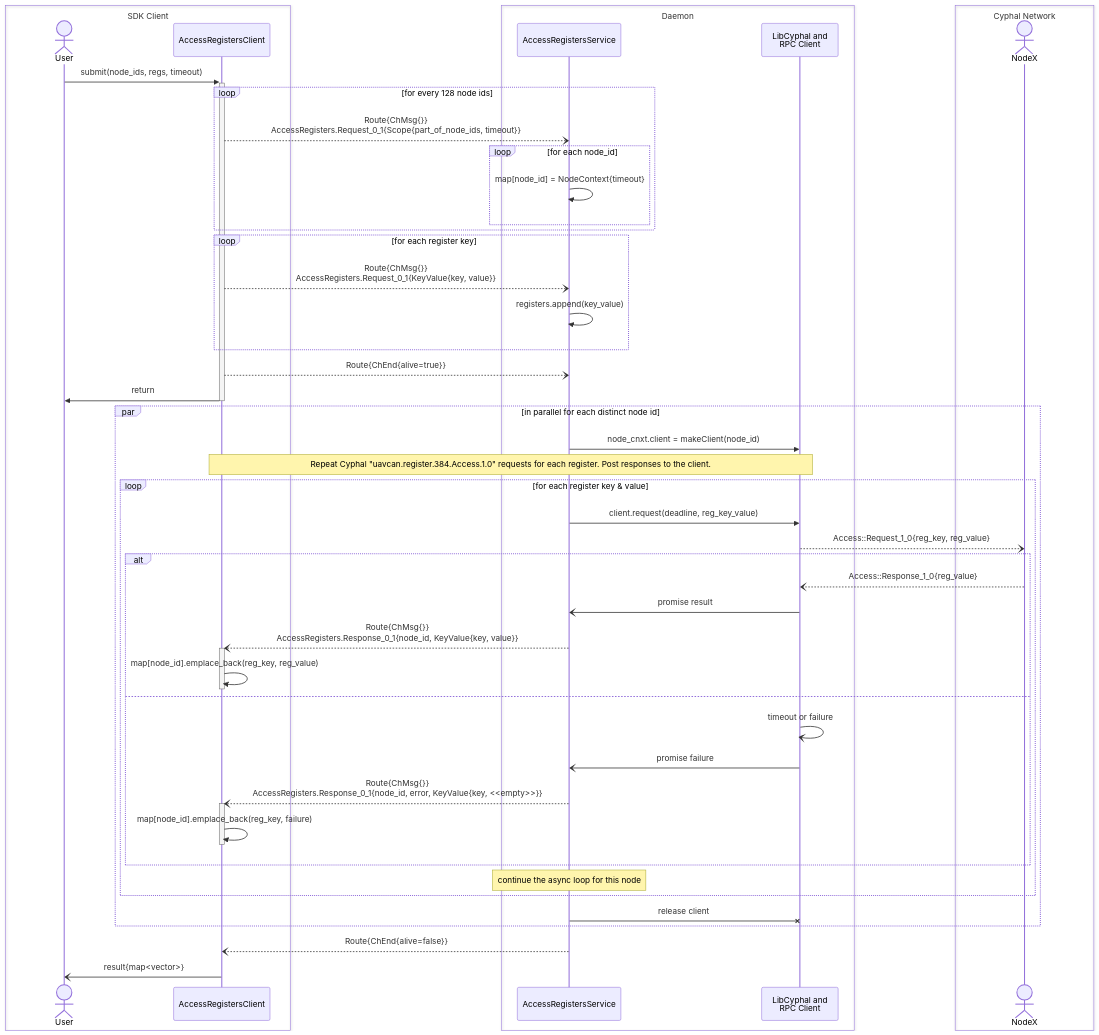
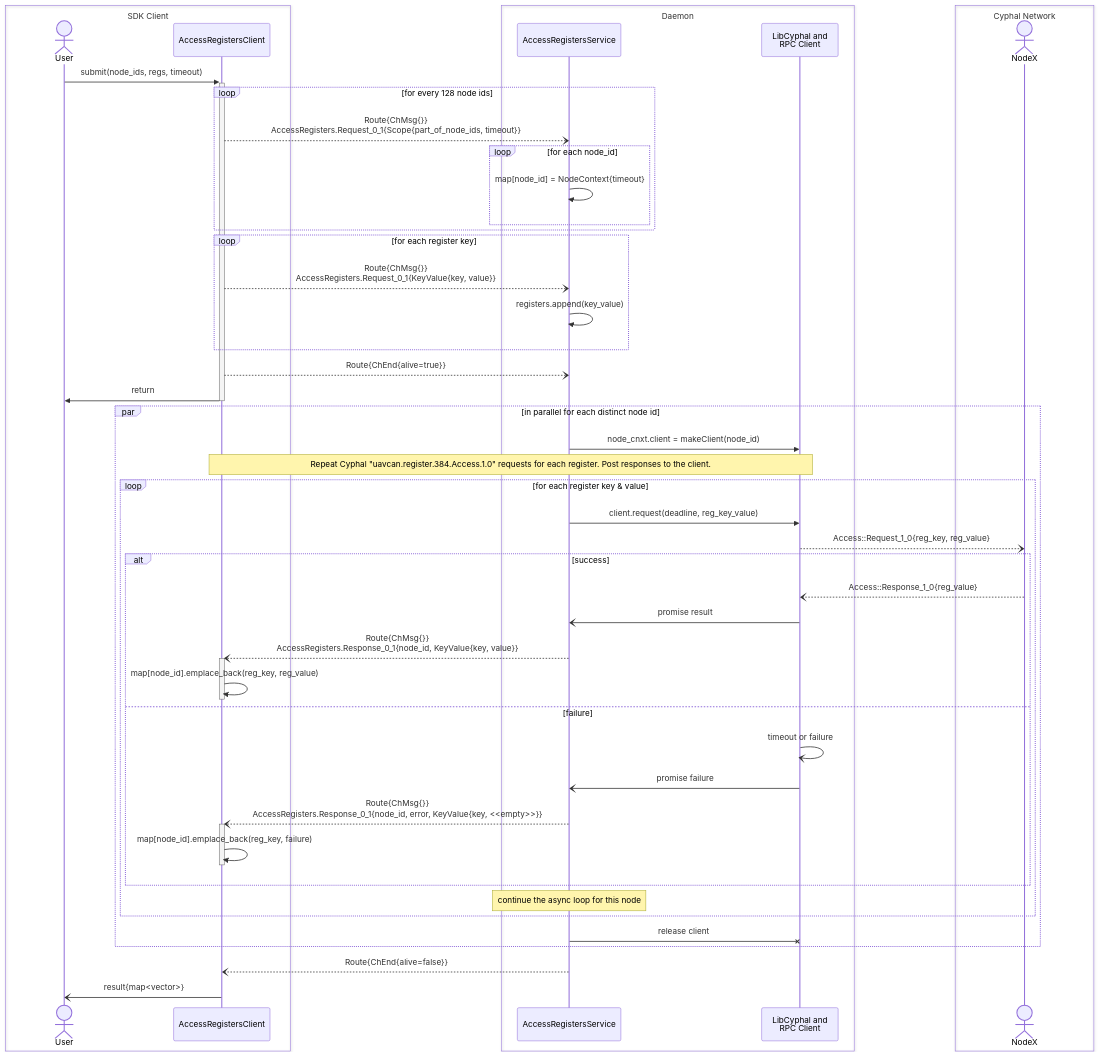
Before and after one commit to OpenCyphal-Garage/ocvsmd: the third of 4 diagrams in docs/svc_design.md, drawn with Mermaid. The commit also changed other lines of this file, not shown here.

````diff
--- a/docs/svc_design.md
+++ b/docs/svc_design.md
@@ -201,59 +199,59 @@
 ```mermaid
 sequenceDiagram
     actor User
     participant AccessRegistersClient
     participant AccessRegistersService
     participant LibCyphal as LibCyphal and<br/>RPC Client
     actor NodeX
     
     User ->>+ AccessRegistersClient: submit(node_ids, regs, timeout)
     loop for every 128 node ids
         AccessRegistersClient --) AccessRegistersService: Route{ChMsg{}}<br/>AccessRegisters.Request_0_1{Scope{part_of_node_ids, timeout}}
         loop for each node_id
             AccessRegistersService ->> AccessRegistersService: map[node_id] = NodeContext{timeout}
         end
     end
     loop for each register key
         AccessRegistersClient --) AccessRegistersService: Route{ChMsg{}}<br/>AccessRegisters.Request_0_1{KeyValue{key, value}}
         AccessRegistersService ->> AccessRegistersService: registers.append(key_value)
     end
     AccessRegistersClient --) AccessRegistersService: Route{ChEnd{alive=true}}
     AccessRegistersClient ->>- User : return
     
     par in parallel for each distinct node id
         AccessRegistersService ->> LibCyphal: node_cnxt.client = makeClient(node_id)
         Note over AccessRegistersClient, LibCyphal: Repeat Cyphal "uavcan.register.384.Access.1.0" requests for each register. Post responses to the client.
         loop for each register key & value
             AccessRegistersService ->> LibCyphal: client.request(deadline, reg_key_value)
             LibCyphal --) NodeX: Access::Request_1_0{reg_key, reg_value}
-            alt
+            alt success
                 NodeX --) LibCyphal: Access::Response_1_0{reg_value}
                 LibCyphal -) AccessRegistersService: promise result
                 AccessRegistersService --)+ AccessRegistersClient: Route{ChMsg{}}<br/>AccessRegisters.Response_0_1{node_id, KeyValue{key, value}}
                 AccessRegistersClient ->>- AccessRegistersClient: map[node_id].emplace_back(reg_key, reg_value)
-            else
+            else failure
                 LibCyphal -) LibCyphal: timeout or failure
                 LibCyphal -) AccessRegistersService: promise failure
                 AccessRegistersService --)+ AccessRegistersClient: Route{ChMsg{}}<br/>AccessRegisters.Response_0_1{node_id, error, KeyValue{key, <<empty>>}}
                 AccessRegistersClient ->>- AccessRegistersClient: map[node_id].emplace_back(reg_key, failure)
             end
             Note over AccessRegistersService: continue the async loop for this node
         end
         AccessRegistersService -x LibCyphal: release client
     end
     
     AccessRegistersService --) AccessRegistersClient: Route{ChEnd{alive=false}}
     AccessRegistersClient -) User: result{map<vector>}
 
     box SDK Client
         actor User
         participant AccessRegistersClient
     end
     box Daemon
         participant AccessRegistersService
         participant LibCyphal
     end
     box Cyphal Network
         actor NodeX
     end
 ```
````
